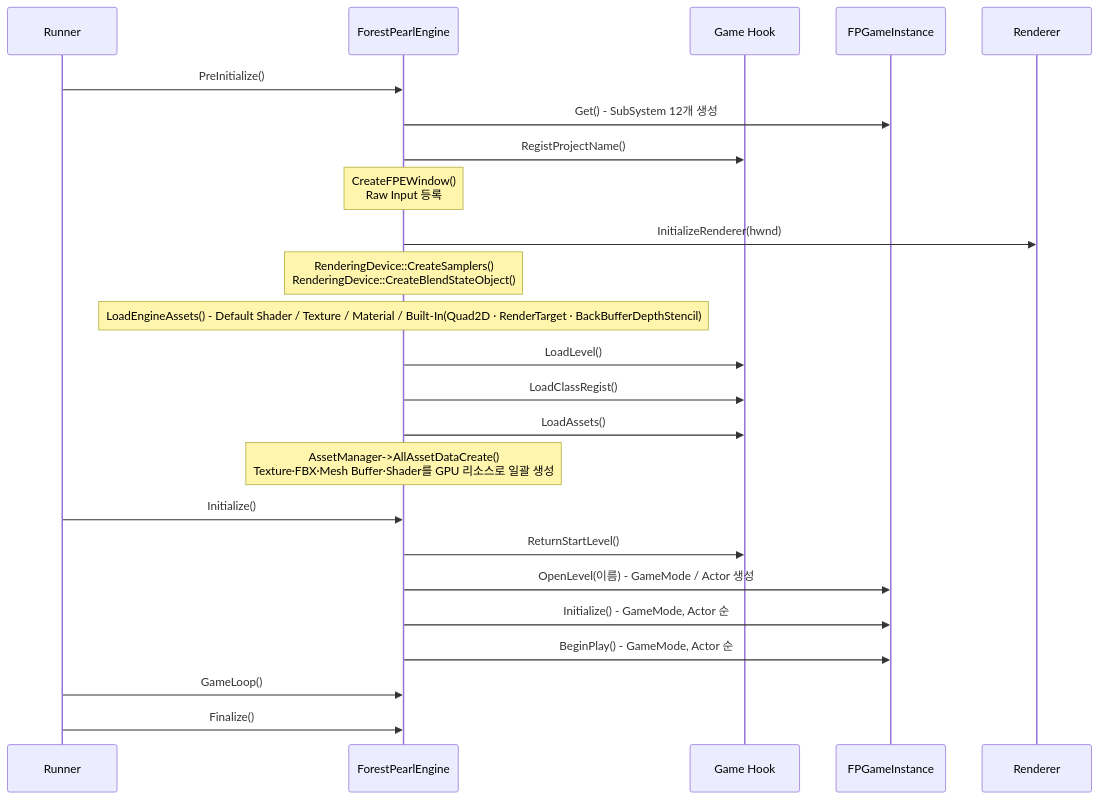
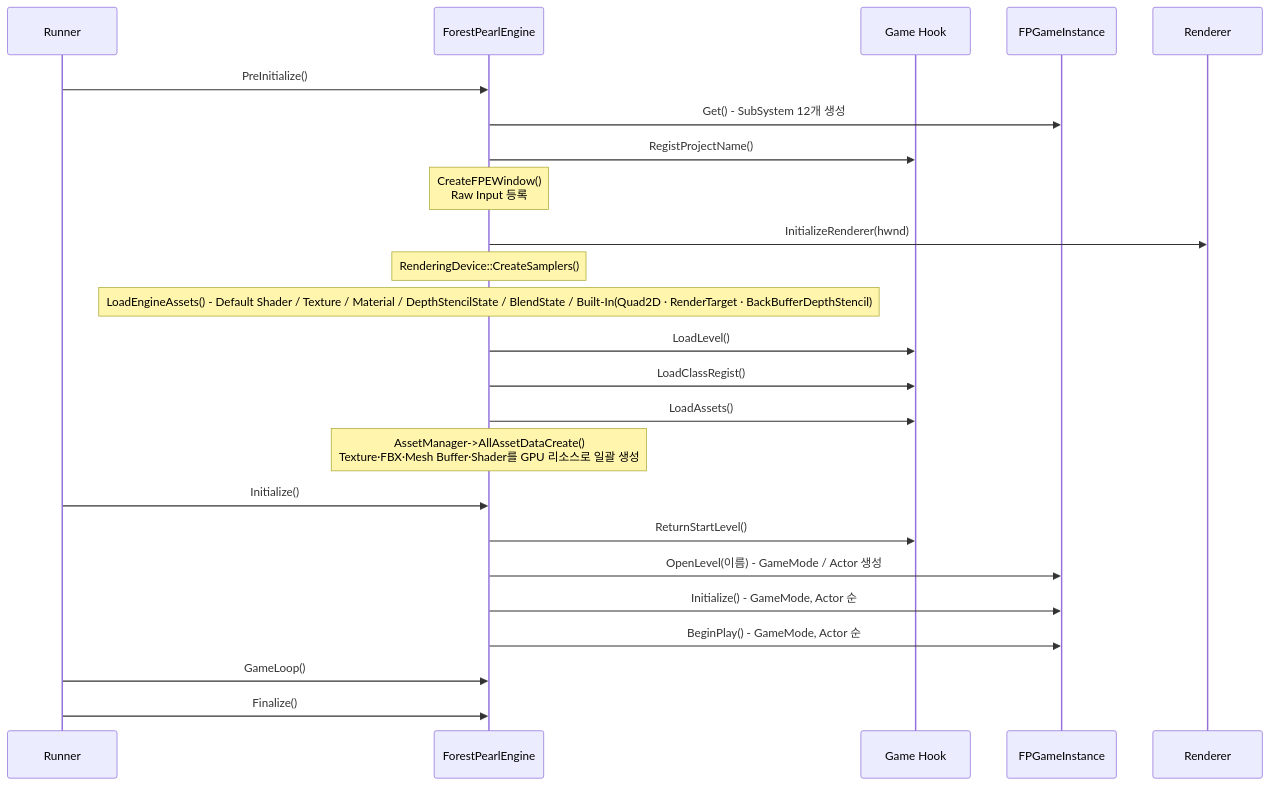
Before and after one commit to Gat-Young/ForestPearlEngine: the third of 24 diagrams in README.md, drawn with Mermaid. The commit also changed other lines of this file, not shown here.

````diff
--- a/README.md
+++ b/README.md
@@ -443,29 +444,29 @@
 ```mermaid
 sequenceDiagram
     participant Run as Runner
     participant Eng as ForestPearlEngine
     participant Game as Game Hook
     participant GI as FPGameInstance
     participant Ren as Renderer
 
     Run->>Eng: PreInitialize()
     Eng->>GI: Get() - SubSystem 12개 생성
     Eng->>Game: RegistProjectName()
     Note over Eng: CreateFPEWindow()<br/>Raw Input 등록
     Eng->>Ren: InitializeRenderer(hwnd)
-    Note over Eng: RenderingDevice::CreateSamplers()<br/>RenderingDevice::CreateBlendStateObject()
-    Note over Eng: LoadEngineAssets() - Default Shader / Texture / Material / Built-In(Quad2D · RenderTarget · BackBufferDepthStencil)
+    Note over Eng: RenderingDevice::CreateSamplers()
+    Note over Eng: LoadEngineAssets() - Default Shader / Texture / Material / DepthStencilState / BlendState / Built-In(Quad2D · RenderTarget · BackBufferDepthStencil)
     Eng->>Game: LoadLevel()
     Eng->>Game: LoadClassRegist()
     Eng->>Game: LoadAssets()
     Note over Eng: AssetManager->AllAssetDataCreate()<br/>Texture·FBX·Mesh Buffer·Shader를 GPU 리소스로 일괄 생성
 
     Run->>Eng: Initialize()
     Eng->>Game: ReturnStartLevel()
     Eng->>GI: OpenLevel(이름) - GameMode / Actor 생성
     Eng->>GI: Initialize() - GameMode, Actor 순
     Eng->>GI: BeginPlay() - GameMode, Actor 순
 
     Run->>Eng: GameLoop()
     Run->>Eng: Finalize()
 ```
````
